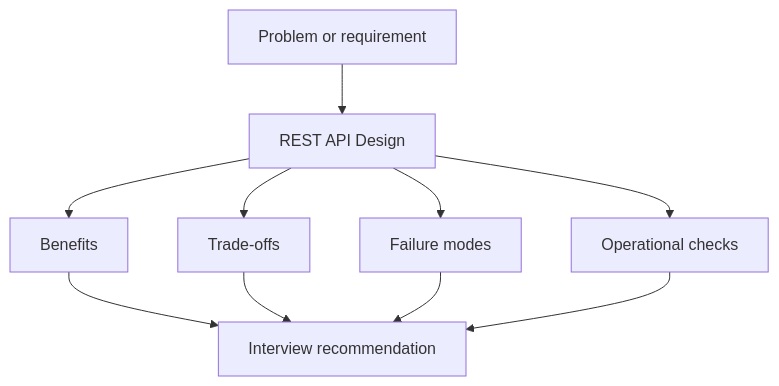
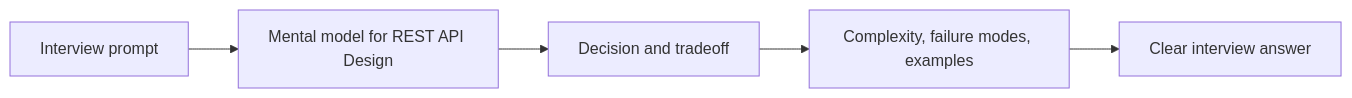
One commit to abstractinterviews/abstractinterviews.github.io changed the diagram in components/api-and-communication/rest/index.md. Above: the diagram before and after it, drawn with Mermaid. The commit also changed other lines of this file and 278 other files, not shown here.

````diff
--- a/components/api-and-communication/rest/index.md
+++ b/components/api-and-communication/rest/index.md
@@ -118,12 +110,7 @@
-~~~mermaid
-flowchart TD
-    Problem["Problem or requirement"] --> Concept["REST API Design"]
-    Concept --> Benefits["Benefits"]
-    Concept --> Tradeoffs["Trade-offs"]
-    Concept --> FailureModes["Failure modes"]
-    Concept --> Operations["Operational checks"]
-    Benefits --> Decision["Interview recommendation"]
-    Tradeoffs --> Decision
-    FailureModes --> Decision
-    Operations --> Decision
-~~~
+```mermaid
+flowchart LR
+    Problem["Interview prompt"] --> Model["Mental model for REST API Design"]
+    Model --> Choice["Decision and tradeoff"]
+    Choice --> Evidence["Complexity, failure modes, examples"]
+    Evidence --> Answer["Clear interview answer"]
+```
````
